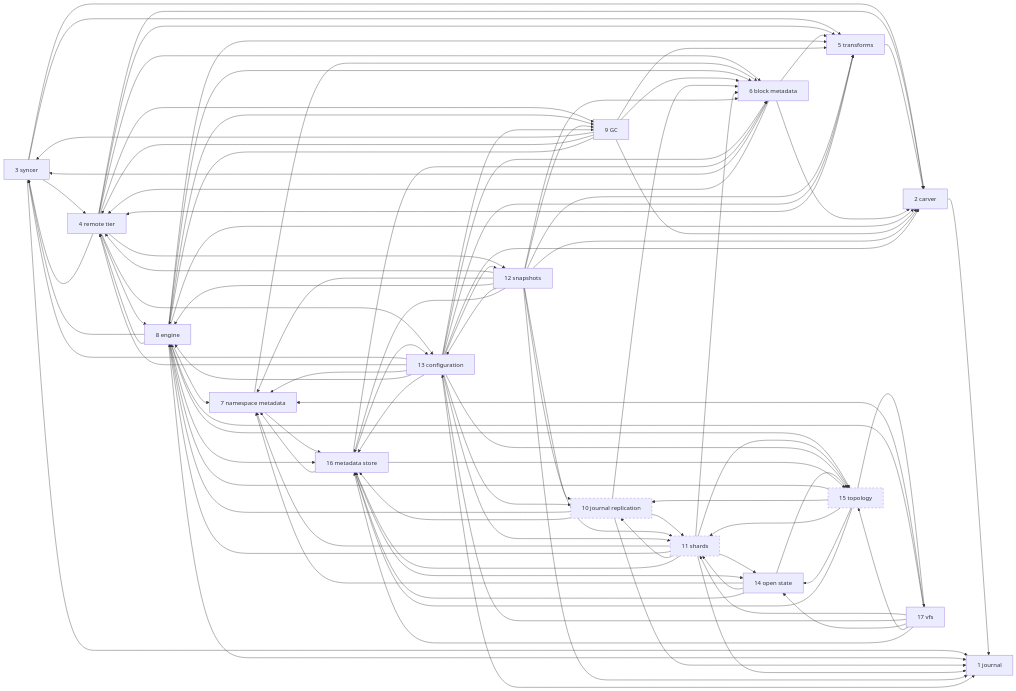
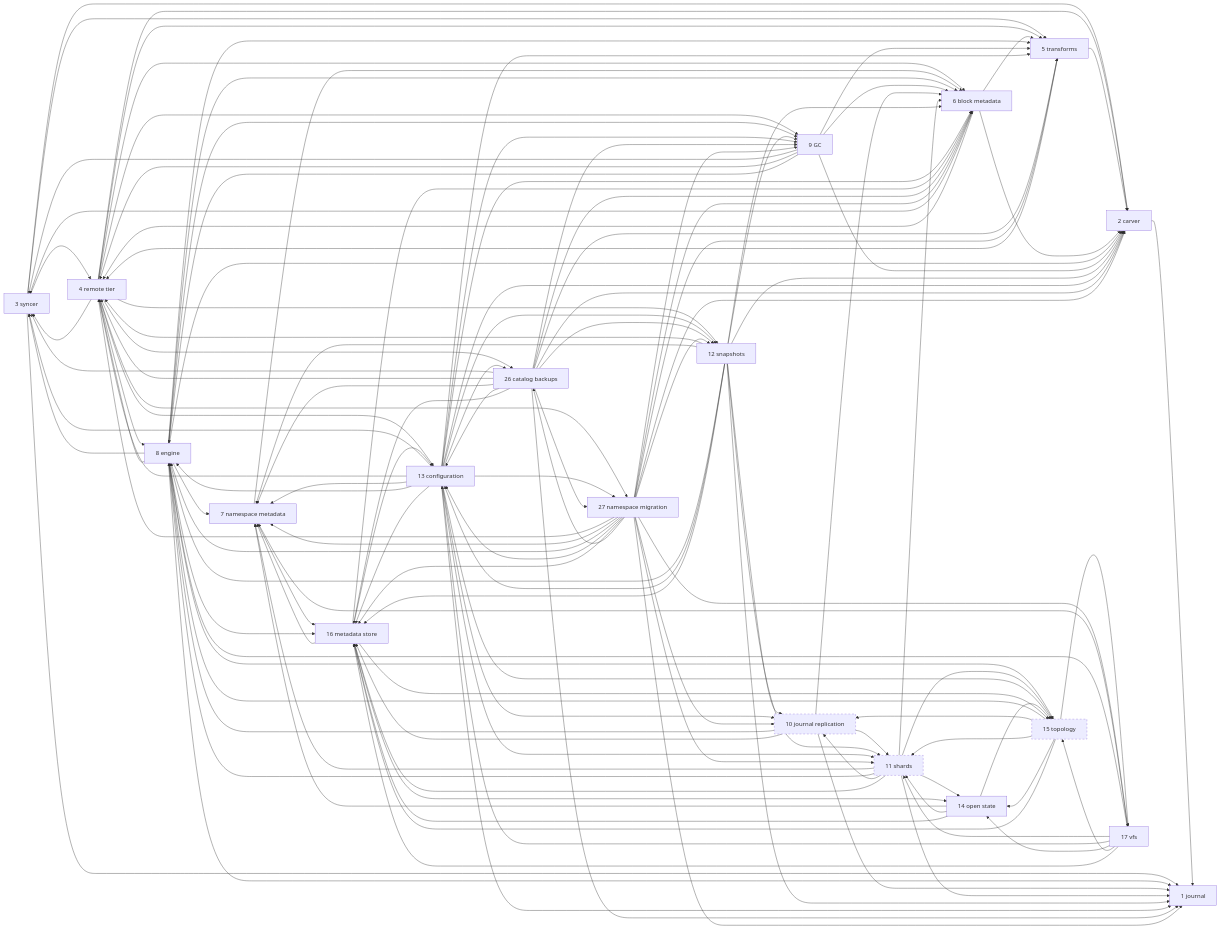
The diagram in docs/internals/rfcs/rfc-index.md (marmos91/dittofs), drawn with Mermaid before and after one commit. The commit also changed other lines of this file and 16 other files, not shown here.

Commit message:
docs(rfc): split RFC 12 into snapshots, catalog backups (RFC 26) and namespace migration (RFC 27)

````diff
--- a/docs/internals/rfcs/rfc-index.md
+++ b/docs/internals/rfcs/rfc-index.md
@@ -65,23 +70,25 @@
 ```mermaid
 graph LR
   R1["1 journal"]
   R2["2 carver"] --> R1
   R3["3 syncer"] --> R1 & R2 & R4 & R5
-  R4["4 remote tier"] --> R2 & R3 & R5 & R6 & R8 & R9 & R12 & R13
+  R4["4 remote tier"] --> R2 & R3 & R5 & R6 & R8 & R9 & R12 & R13 & R26 & R27
   R5["5 transforms"] --> R2 & R4
   R6["6 block metadata"] --> R2 & R3 & R4 & R5
   R7["7 namespace metadata"] --> R6 & R16
   R8["8 engine"] --> R1 & R2 & R3 & R4 & R5 & R6 & R7 & R9 & R15 & R16
   R9["9 GC"] --> R2 & R3 & R4 & R5 & R6 & R8
   R10["10 journal replication"] --> R1 & R6 & R8 & R11 & R16
   R11["11 shards"] --> R1 & R6 & R7 & R8 & R10 & R14 & R15 & R16
-  R12["12 snapshots"] --> R1 & R2 & R4 & R5 & R6 & R7 & R8 & R9 & R10 & R11 & R13 & R16
-  R13["13 configuration"] --> R1 & R2 & R3 & R4 & R5 & R6 & R7 & R8 & R9 & R10 & R11 & R12 & R15 & R16
+  R12["12 snapshots"] --> R1 & R2 & R4 & R6 & R7 & R8 & R9 & R10 & R11 & R13 & R16
+  R13["13 configuration"] --> R1 & R2 & R3 & R4 & R5 & R6 & R7 & R8 & R9 & R10 & R11 & R12 & R15 & R16 & R26 & R27
   R14["14 open state"] --> R7 & R11 & R15 & R16
   R15["15 topology"] --> R8 & R10 & R11 & R14 & R16 & R17
   R16["16 metadata store"] --> R6 & R7 & R13 & R14 & R15
   R17["17 vfs"] --> R7 & R8 & R11 & R13 & R14 & R15 & R16
+  R26["26 catalog backups"] --> R1 & R2 & R3 & R4 & R5 & R6 & R7 & R9 & R12 & R13 & R16 & R27
+  R27["27 namespace migration"] --> R1 & R2 & R4 & R5 & R6 & R7 & R8 & R9 & R10 & R11 & R12 & R13 & R16 & R17 & R26
   style R10 stroke-dasharray: 5 5
   style R11 stroke-dasharray: 5 5
   style R15 stroke-dasharray: 5 5
 ```
````
